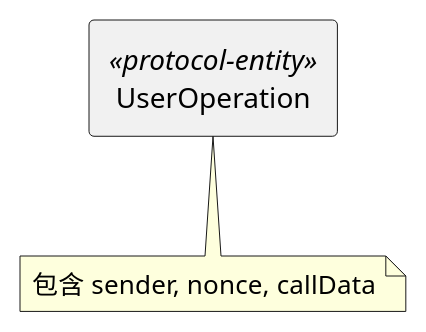
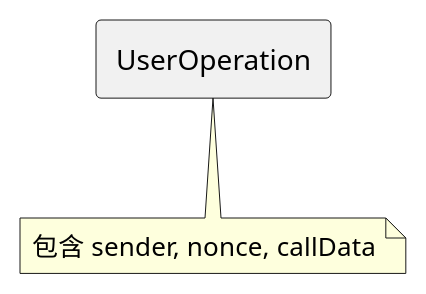
One commit to iampkuhz/openspec-research-blockchain changed the diagram in harness/rules/general/terminology-policy.md. Above: the diagram before and after it, drawn with PlantUML. The commit also changed other lines of this file, not shown here.

````diff
--- a/harness/rules/general/terminology-policy.md
+++ b/harness/rules/general/terminology-policy.md
@@ -148,6 +137,6 @@
 ```plantuml
 ' 术语映射
-rectangle "UserOperation" as UO <<protocol-entity>>
+rectangle "UserOperation" as UO
 note "包含 sender, nonce, callData" as UO_NOTE
 UO .. UO_NOTE
 ```
````
